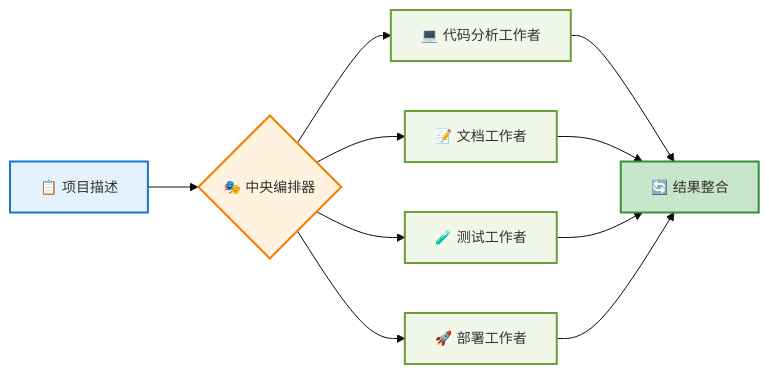
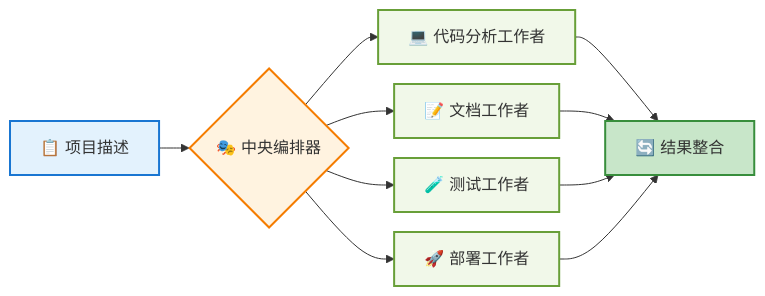
The sixth of 8 diagrams in agent/AI_Agent_完整入门指南.md (yxzf/claude-code-guide), drawn with Mermaid before and after one commit. The commit also changed other lines of this file, not shown here.

First line of the commit message:
正确调整图表尺寸大小

````diff
--- a/agent/AI_Agent_完整入门指南.md
+++ b/agent/AI_Agent_完整入门指南.md
@@ -312,23 +304,21 @@
 ```mermaid
-%%{init: {'theme':'base', 'themeVariables': {'primaryColor':'#f0f9ff'}}}%%
+%%{init: {'flowchart': {'nodeSpacing': 20, 'rankSpacing': 30}}}%%
 graph LR
     A[📋 项目描述] --> B{🎭 中央编排器}
     B --> C[💻 代码分析工作者]
     B --> D[📝 文档工作者]
     B --> E[🧪 测试工作者]
     B --> F[🚀 部署工作者]
     C --> G[🔄 结果整合]
     D --> G
     E --> G
     F --> G
     
     style A fill:#e3f2fd,stroke:#1976d2,stroke-width:2px
     style B fill:#fff3e0,stroke:#f57c00,stroke-width:2px
     style G fill:#c8e6c9,stroke:#388e3c,stroke-width:2px
     style C fill:#f1f8e9,stroke:#689f38,stroke-width:2px
     style D fill:#f1f8e9,stroke:#689f38,stroke-width:2px
     style E fill:#f1f8e9,stroke:#689f38,stroke-width:2px
     style F fill:#f1f8e9,stroke:#689f38,stroke-width:2px
-    
-    classDef default font-size:14px
 ```
````
